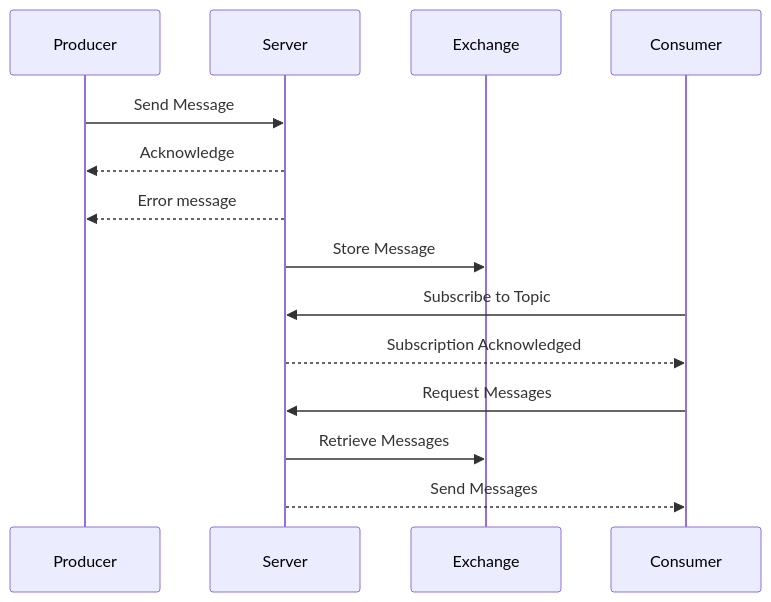
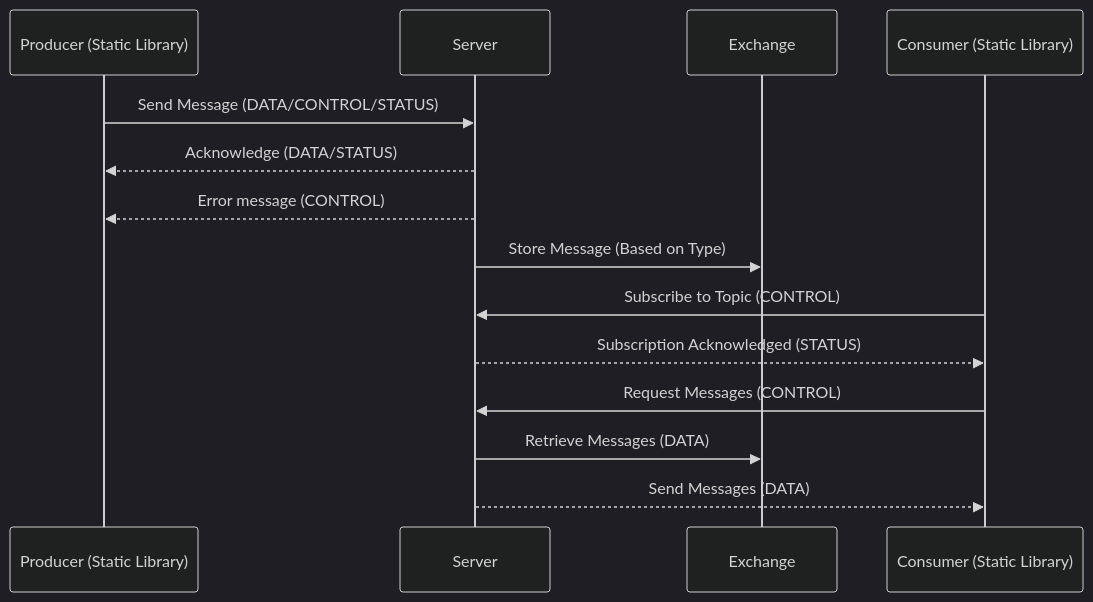
The first of 4 diagrams in README.md (Stoica-Cristian/PSOP), drawn with Mermaid before and after one commit. The commit also changed other lines of this file, not shown here.

````diff
--- a/README.md
+++ b/README.md
@@ -56,20 +69,22 @@
 ```mermaid
+%%{init: {'theme': 'dark'}}%%
 sequenceDiagram
-    participant Producer
+    participant Producer (Static Library)
     participant Server
     participant Exchange
-    participant Consumer
+    participant Consumer (Static Library)
 
-    Producer->>Server: Send Message
-    Server-->>Producer: Acknowledge
-    Server-->>Producer: Error message
+    Producer (Static Library)->>Server: Send Message (DATA/CONTROL/STATUS)
+    Server-->>Producer (Static Library): Acknowledge (DATA/STATUS)
+    Server-->>Producer (Static Library): Error message (CONTROL)
 
-    Server->>Exchange: Store Message
+    Server->>Exchange: Store Message (Based on Type)
 
-    Consumer->>Server: Subscribe to Topic
-    Server-->>Consumer: Subscription Acknowledged
+    Consumer (Static Library)->>Server: Subscribe to Topic (CONTROL)
+    Server-->>Consumer (Static Library): Subscription Acknowledged (STATUS)
 
-    Consumer->>Server: Request Messages
-    Server->>Exchange: Retrieve Messages
-    Server-->>Consumer: Send Messages
+    Consumer (Static Library)->>Server: Request Messages (CONTROL)
+    Server->>Exchange: Retrieve Messages (DATA)
+    Server-->>Consumer (Static Library): Send Messages (DATA)
+
 ```
````
